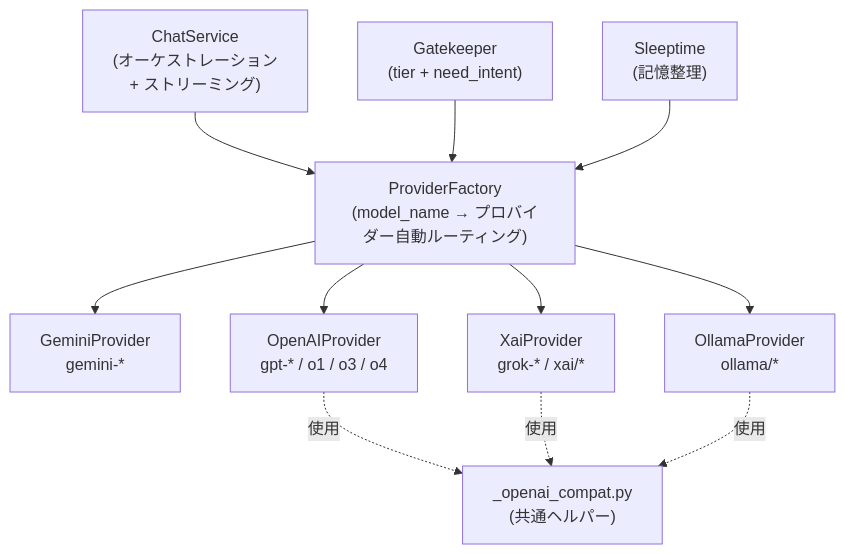
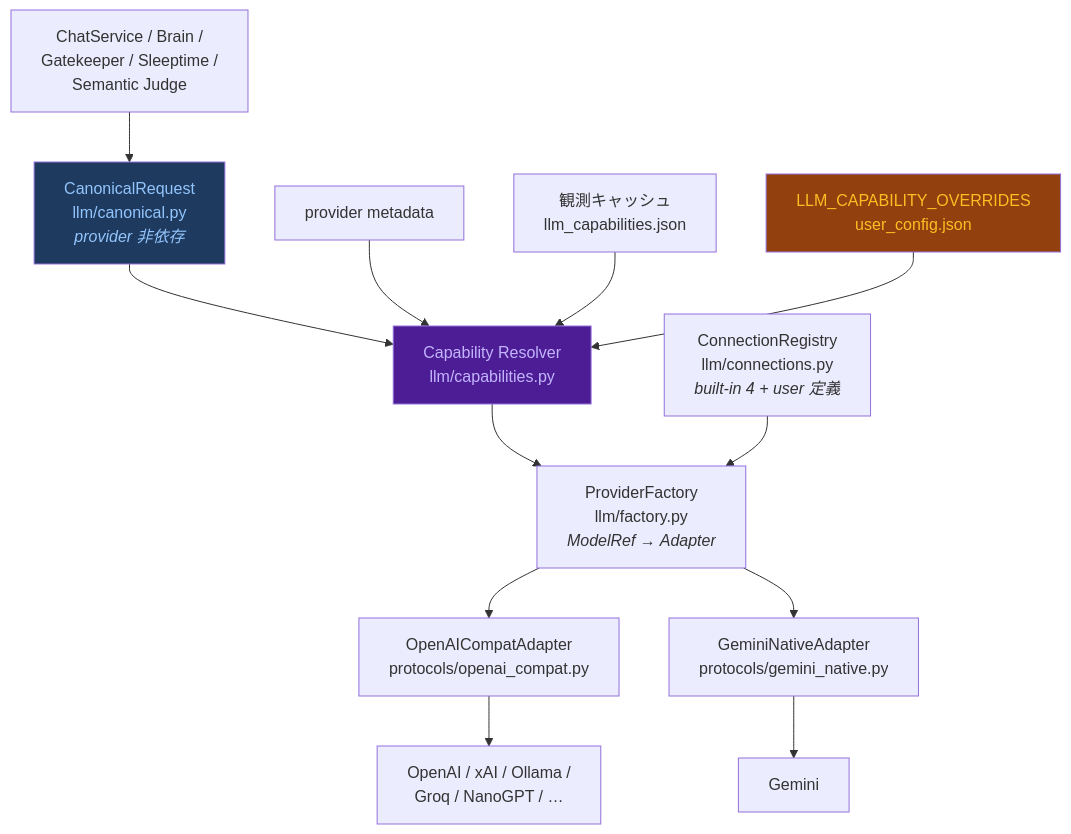
The sixth of 11 diagrams in docs/reference/DIAGRAMS.ja.md (unagisann/Butly), drawn with Mermaid before and after one commit. The commit also changed other lines of this file and 28 other files, not shown here.

````diff
--- a/docs/reference/DIAGRAMS.ja.md
+++ b/docs/reference/DIAGRAMS.ja.md
@@ -128,23 +205,31 @@
 ```mermaid
 flowchart TD
-    CS["ChatService<br/>(オーケストレーション<br/>+ ストリーミング)"]
-    GK["Gatekeeper<br/>(tier + need_intent)"]
-    HK["Sleeptime<br/>(記憶整理)"]
-    PF["ProviderFactory<br/>(model_name → プロバイダー自動ルーティング)"]
-    GE["GeminiProvider<br/>gemini-*"]
-    OA["OpenAIProvider<br/>gpt-* / o1 / o3 / o4"]
-    XA["XaiProvider<br/>grok-* / xai/*"]
-    OL["OllamaProvider<br/>ollama/*"]
-    CMP["_openai_compat.py<br/>(共通ヘルパー)"]
+    CS["ChatService / Brain /<br/>Gatekeeper / Sleeptime /<br/>Semantic Judge"]
+    CR["CanonicalRequest<br/>llm/canonical.py<br/><i>provider 非依存</i>"]
+    CAP["Capability Resolver<br/>llm/capabilities.py"]
+    META["provider metadata"]
+    OBS["観測キャッシュ<br/>llm_capabilities.json"]
+    OVR["LLM_CAPABILITY_OVERRIDES<br/>user_config.json"]
+    REG["ConnectionRegistry<br/>llm/connections.py<br/><i>built-in 4 + user 定義</i>"]
+    PF["ProviderFactory<br/>llm/factory.py<br/><i>ModelRef → Adapter</i>"]
+    OC["OpenAICompatAdapter<br/>protocols/openai_compat.py"]
+    GN["GeminiNativeAdapter<br/>protocols/gemini_native.py"]
+    P1["OpenAI / xAI / Ollama /<br/>Groq / NanoGPT / …"]
+    P2["Gemini"]
 
-    CS --> PF
-    GK --> PF
-    HK --> PF
-    PF --> GE
-    PF --> OA
-    PF --> XA
-    PF --> OL
-    OA -.->|使用| CMP
-    XA -.->|使用| CMP
-    OL -.->|使用| CMP
+    CS --> CR
+    CR --> CAP
+    META --> CAP
+    OBS --> CAP
+    OVR --> CAP
+    CAP --> PF
+    REG --> PF
+    PF --> OC
+    PF --> GN
+    OC --> P1
+    GN --> P2
+
+    style CR fill:#1e3a5f,color:#93c5fd
+    style CAP fill:#4c1d95,color:#c4b5fd
+    style OVR fill:#92400e,color:#fbbf24
 ```
````
